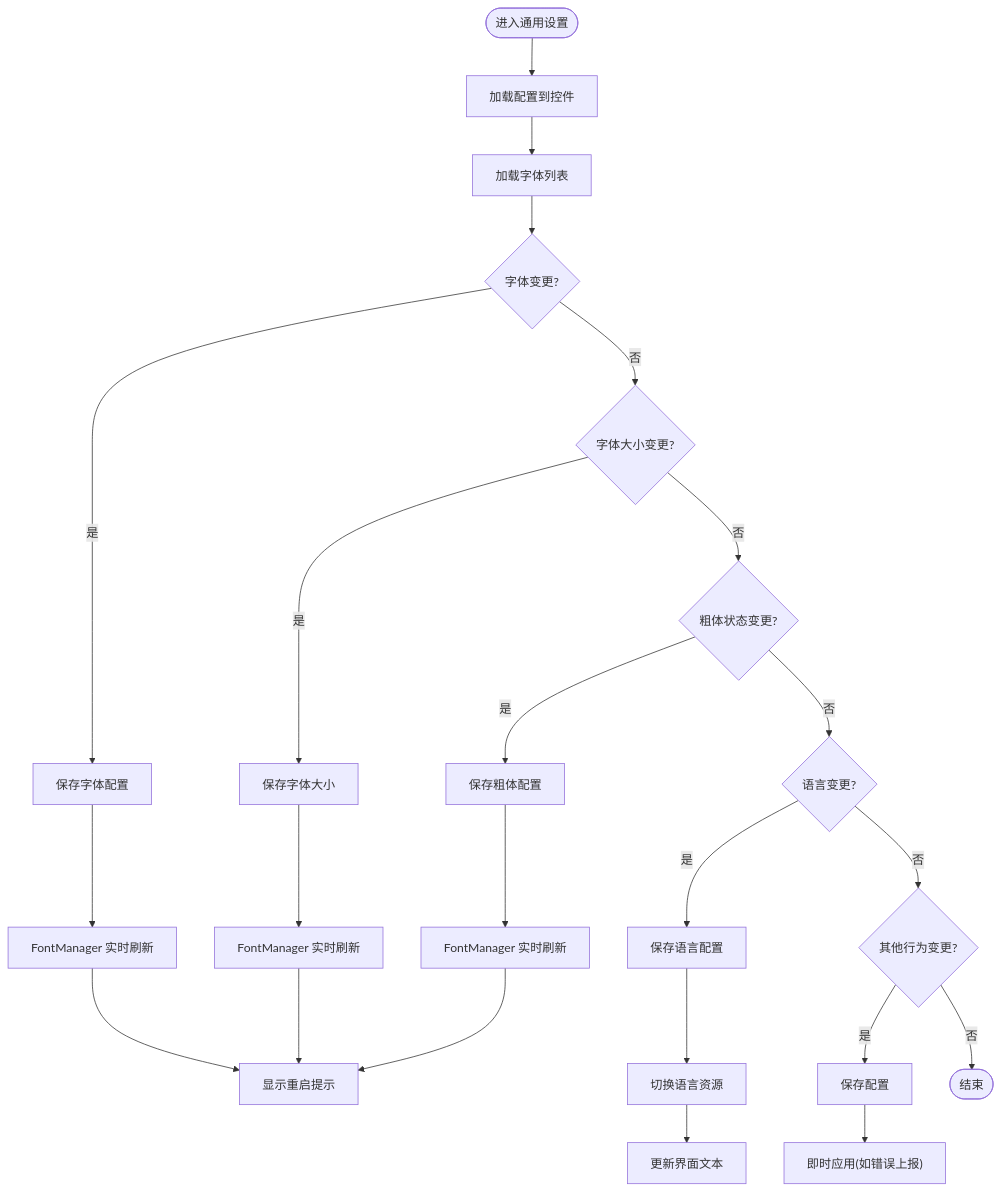
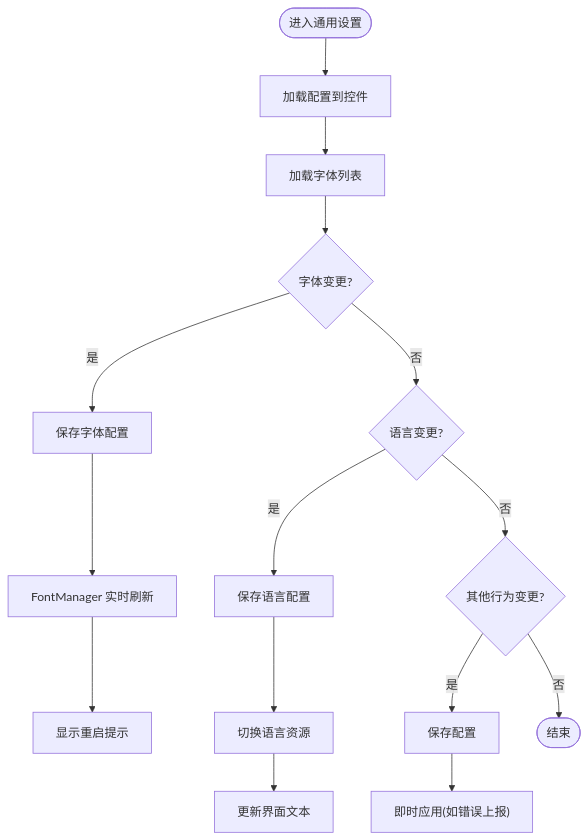
The third of 6 diagrams in .qoder/repowiki/zh/content/图形用户界面/视图管理系统/设置视图.md (tea4go/Macro-Deck), drawn with Mermaid before and after one commit. The commit also changed other lines of this file and 3 other files, not shown here.

First line of the commit message:
feat(font-manager): 集成字体管理系统并实现实时预览与初始化

````diff
--- a/.qoder/repowiki/zh/content/图形用户界面/视图管理系统/设置视图.md
+++ b/.qoder/repowiki/zh/content/图形用户界面/视图管理系统/设置视图.md
@@ -157,25 +177,17 @@
 ```mermaid
 flowchart TD
 Start(["进入通用设置"]) --> LoadCfg["加载配置到控件"]
 LoadCfg --> LoadFont["加载字体列表"]
 LoadFont --> ChangeFont{"字体变更?"}
 ChangeFont --> |是| SaveFont["保存字体配置"]
 SaveFont --> RefreshFont["FontManager 实时刷新"]
 RefreshFont --> ShowHint["显示重启提示"]
-ChangeFont --> |否| ChangeSize{"字体大小变更?"}
-ChangeSize --> |是| SaveSize["保存字体大小"]
-SaveSize --> RefreshSize["FontManager 实时刷新"]
-RefreshSize --> ShowHint
-ChangeSize --> |否| ChangeBold{"粗体状态变更?"}
-ChangeBold --> |是| SaveBold["保存粗体配置"]
-SaveBold --> RefreshBold["FontManager 实时刷新"]
-RefreshBold --> ShowHint
-ChangeBold --> |否| ChangeLang{"语言变更?"}
+ChangeFont --> |否| ChangeLang{"语言变更?"}
 ChangeLang --> |是| SaveLang["保存语言配置"]
 SaveLang --> SwitchLang["切换语言资源"]
 SwitchLang --> Translate["更新界面文本"]
 ChangeLang --> |否| ChangeOther{"其他行为变更?"}
 ChangeOther --> |是| SaveOther["保存配置"]
 SaveOther --> ApplyOther["即时应用(如错误上报)"]
 ChangeOther --> |否| End(["结束"])
 ```
````
